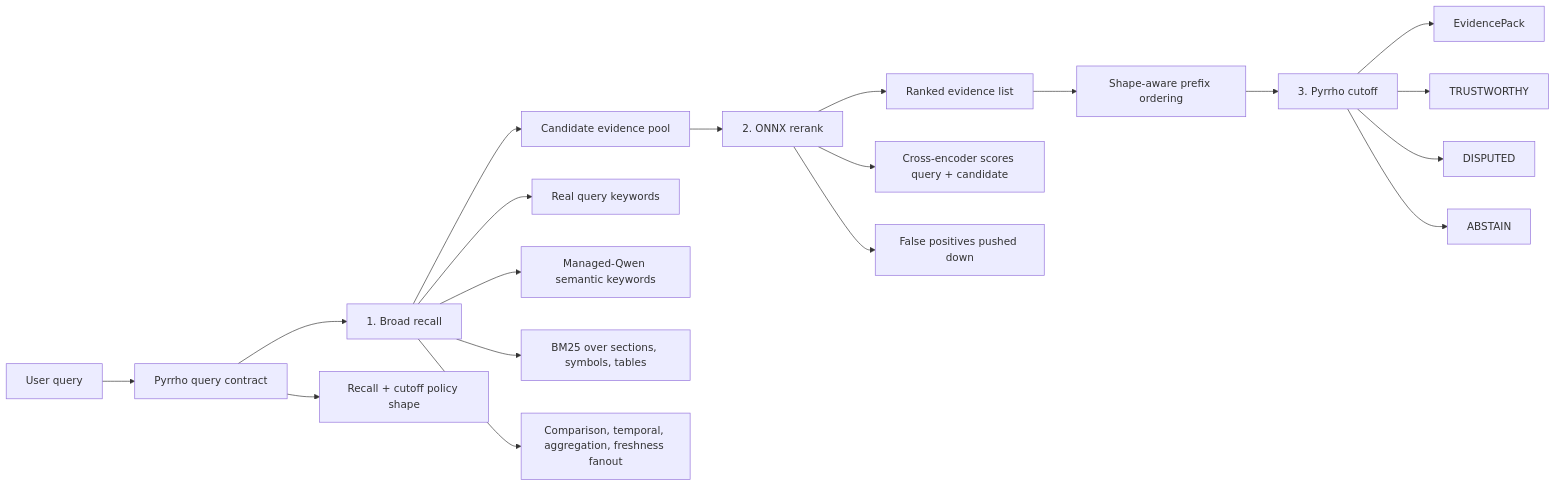
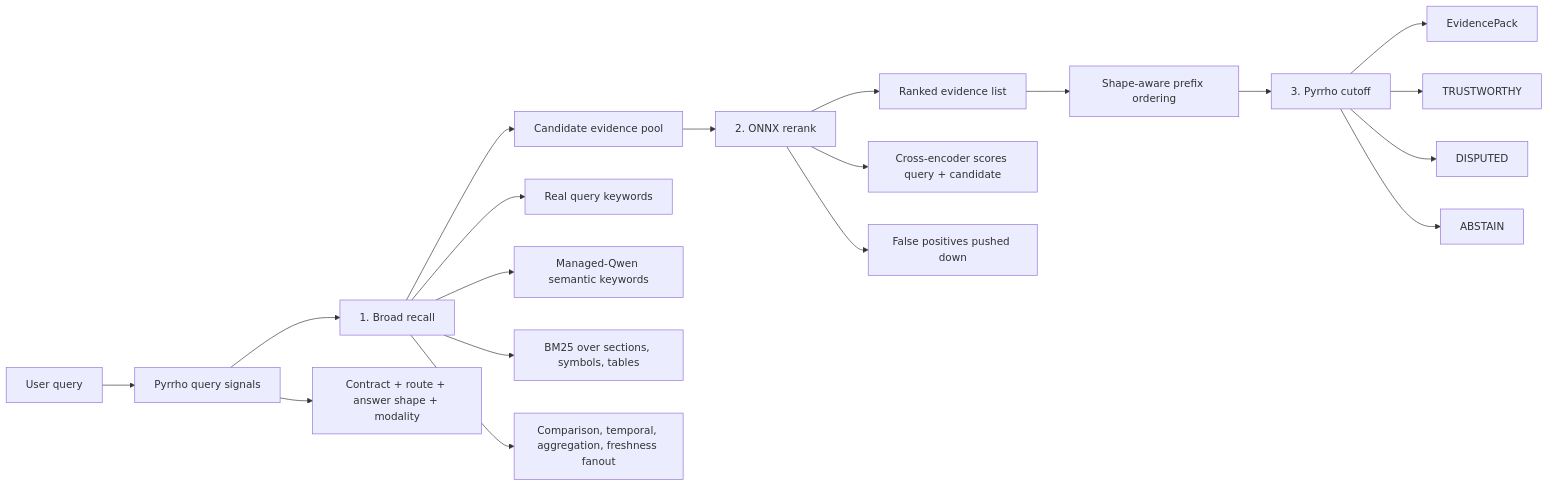
One commit to yafitzdev/fitz changed the first of 3 diagrams in docs/features/retrieval/three-stage-strategy.md. Above: the diagram before and after it, drawn with Mermaid. The commit also changed other lines of this file and 14 other files, not shown here.

Commit message:
Use Pyrrho query signals before retrieval

````diff
--- a/docs/features/retrieval/three-stage-strategy.md
+++ b/docs/features/retrieval/three-stage-strategy.md
@@ -25,25 +25,25 @@
 ```mermaid
 flowchart LR
-    Q["User query"] --> QC["Pyrrho query contract"]
+    Q["User query"] --> QC["Pyrrho query signals"]
     QC --> R["1. Broad recall"]
     R --> C["Candidate evidence pool"]
     C --> K["2. ONNX rerank"]
     K --> L["Ranked evidence list"]
     L --> S["Shape-aware prefix ordering"]
     S --> P["3. Pyrrho cutoff"]
     P --> E["EvidencePack"]
 
-    QC --> QC1["Recall + cutoff policy shape"]
+    QC --> QC1["Contract + route + answer shape + modality"]
 
     R --> R1["Real query keywords"]
     R --> R2["Managed-Qwen semantic keywords"]
     R --> R3["BM25 over sections, symbols, tables"]
     R --> R4["Comparison, temporal, aggregation, freshness fanout"]
 
     K --> K1["Cross-encoder scores query + candidate"]
     K --> K2["False positives pushed down"]
 
     P --> P1["TRUSTWORTHY"]
     P --> P2["DISPUTED"]
     P --> P3["ABSTAIN"]
 ```
````
